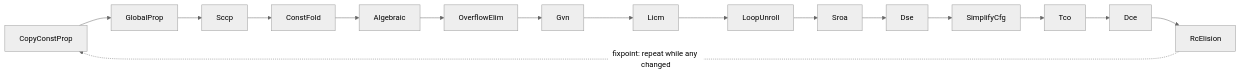
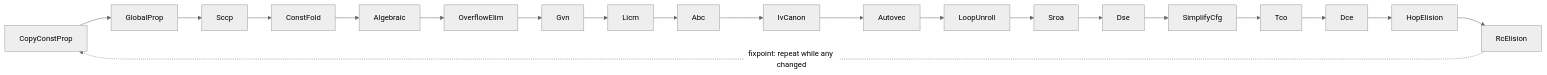
One commit to sps014/dream changed the second of 2 diagrams in docs/internals/05-writing-passes.md. Above: the diagram before and after it, drawn with Mermaid (neutral theme). The commit also changed other lines of this file and 141 other files, not shown here.

````diff
--- a/docs/internals/05-writing-passes.md
+++ b/docs/internals/05-writing-passes.md
@@ -53,6 +63,6 @@
 ```mermaid
 flowchart LR
     p1[CopyConstProp] --> p2[GlobalProp] --> p3[Sccp] --> p4[ConstFold] --> p5[Algebraic] --> p5b[OverflowElim] --> p6[Gvn]
-    p6 --> p7[Licm] --> p8[LoopUnroll] --> p9[Sroa] --> p10[Dse] --> p11[SimplifyCfg] --> p12[Tco] --> p13[Dce] --> p14[RcElision]
+    p6 --> p7[Licm] --> p7a[Abc] --> p7b[IvCanon] --> p7c[Autovec] --> p8[LoopUnroll] --> p9[Sroa] --> p10[Dse] --> p11[SimplifyCfg] --> p12[Tco] --> p13[Dce] --> p13a[HopElision] --> p14[RcElision]
     p14 -.fixpoint: repeat while any changed.-> p1
 ```
````
